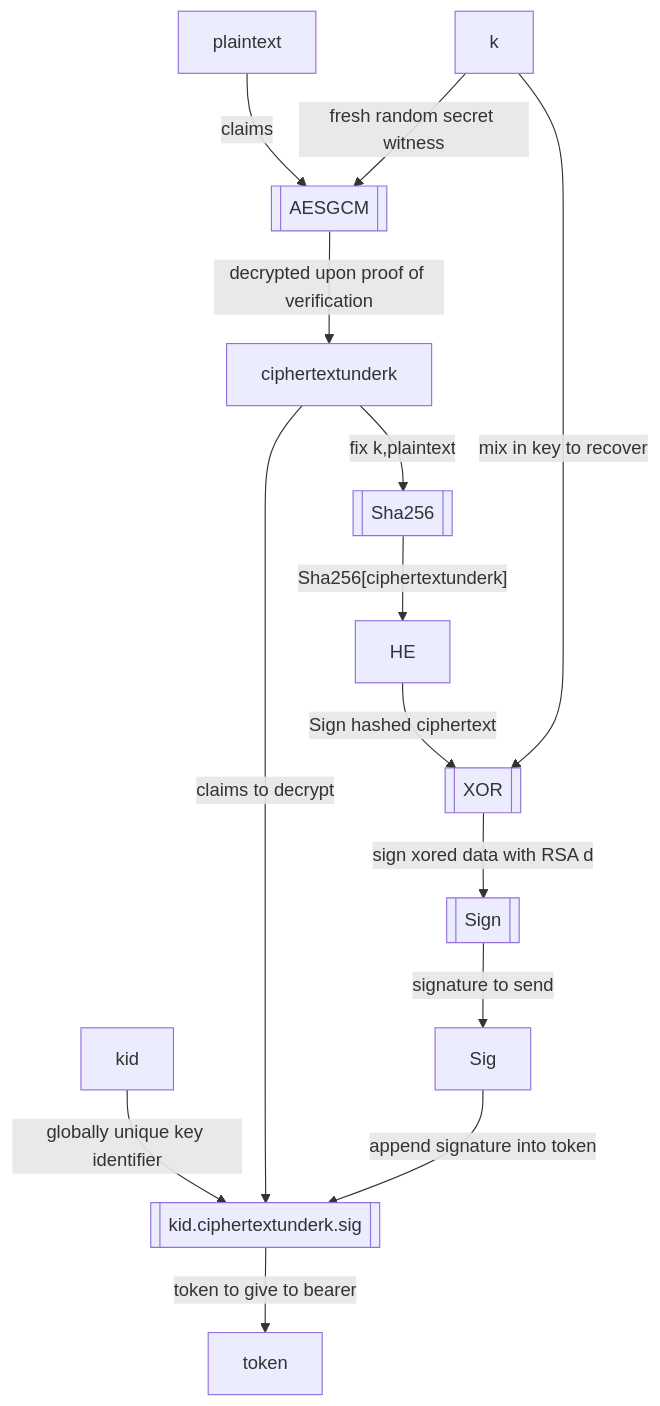
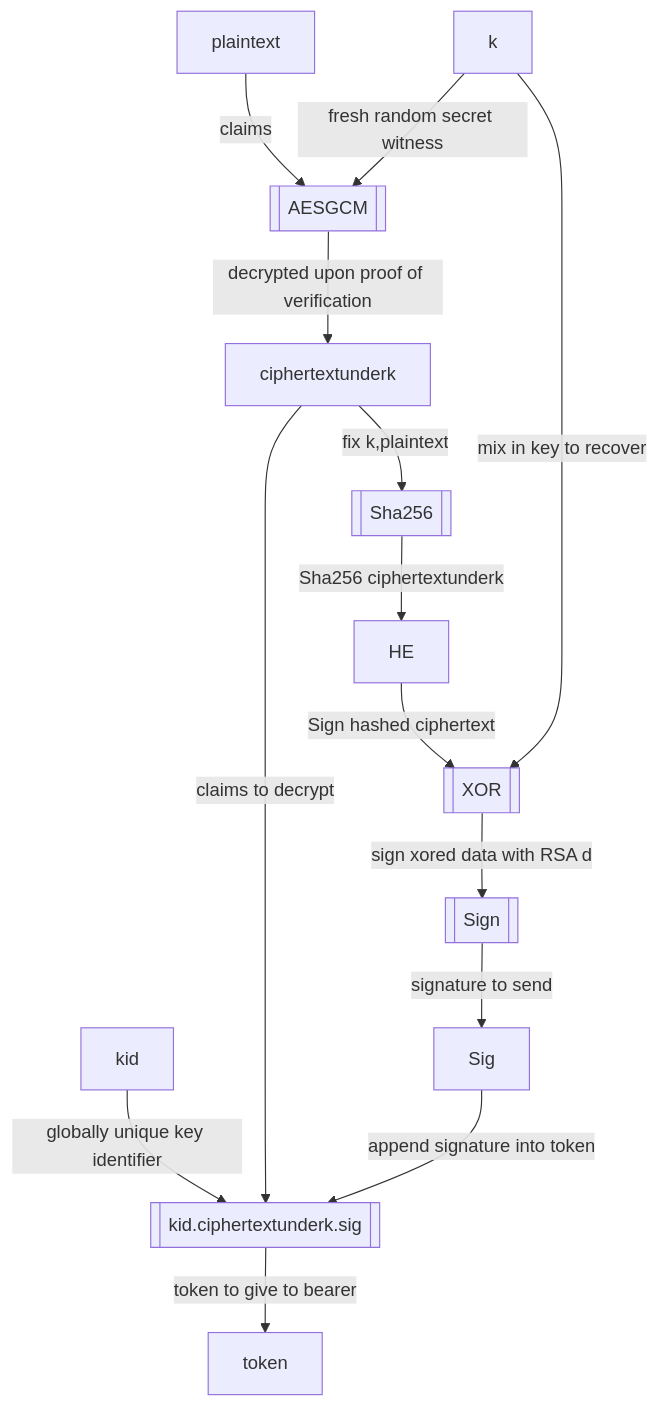
The second of 2 diagrams in README.md (rfielding/whiskeyTango), drawn with Mermaid before and after one commit.

Commit message:
update diagram

````diff
--- a/README.md
+++ b/README.md
@@ -94,21 +94,21 @@
 ```mermaid
 flowchart TB
   AESGCM[[AESGCM]]
   APPENDB64WithDots[[kid.ciphertextunderk.sig]]
   plaintext-- claims -->AESGCM
   k-- fresh random secret witness -->AESGCM
   AESGCM-- decrypted upon proof of verification -->ciphertextunderk
   kid-- globally unique key identifier -->APPENDB64WithDots
   ciphertextunderk-- claims to decrypt -->APPENDB64WithDots
   APPENDB64WithDots-- token to give to bearer -->token
   Sha256[[Sha256]]
   ciphertextunderk-- fix k,plaintext -->Sha256
   XOR[[XOR]]
   Sign[[Sign]]
-  Sha256-- Sha256[ciphertextunderk] -->HE
+  Sha256-- Sha256 ciphertextunderk -->HE
   HE-- Sign hashed ciphertext  -->XOR
   k-- mix in key to recover -->XOR
   XOR-- sign xored data with RSA d -->Sign
   Sign-- signature to send -->Sig
   Sig-- append signature into token -->APPENDB64WithDots
 ```
````
